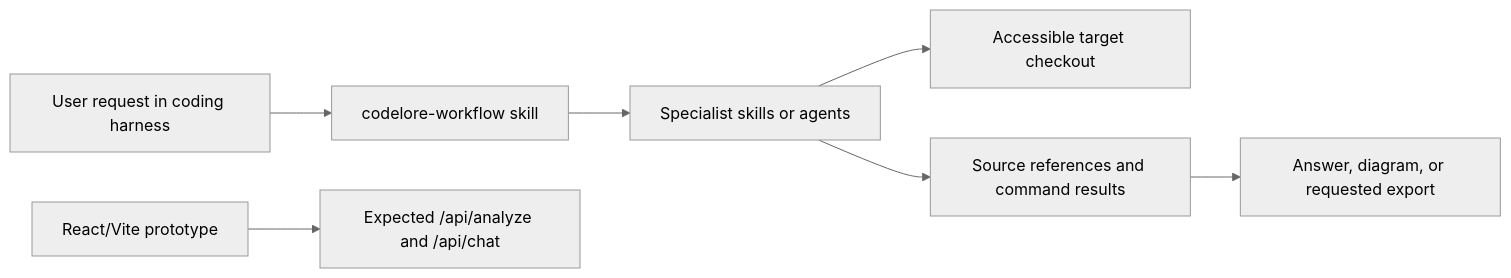
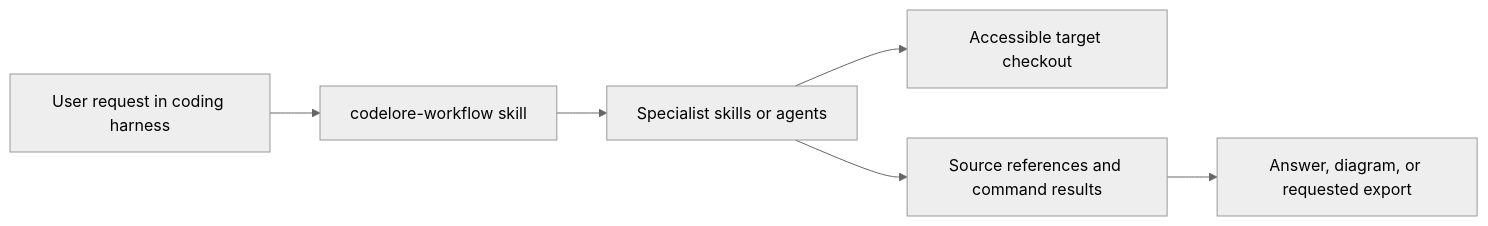
Before and after one commit to theshantanujoshi/codelore: the diagram in docs/architecture.md, drawn with Mermaid (neutral theme). The commit also changed other lines of this file and 88 other files, not shown here.

````diff
--- a/docs/architecture.md
+++ b/docs/architecture.md
@@ -5,9 +5,8 @@
 ```mermaid
 flowchart LR
     User[User request in coding harness] --> Coordinator[codelore-workflow skill]
     Coordinator --> Specialists[Specialist skills or agents]
     Specialists --> Checkout[Accessible target checkout]
     Specialists --> Evidence[Source references and command results]
     Evidence --> Report[Answer, diagram, or requested export]
-    Browser[React/Vite prototype] --> Missing[Expected /api/analyze and /api/chat]
 ```
````
